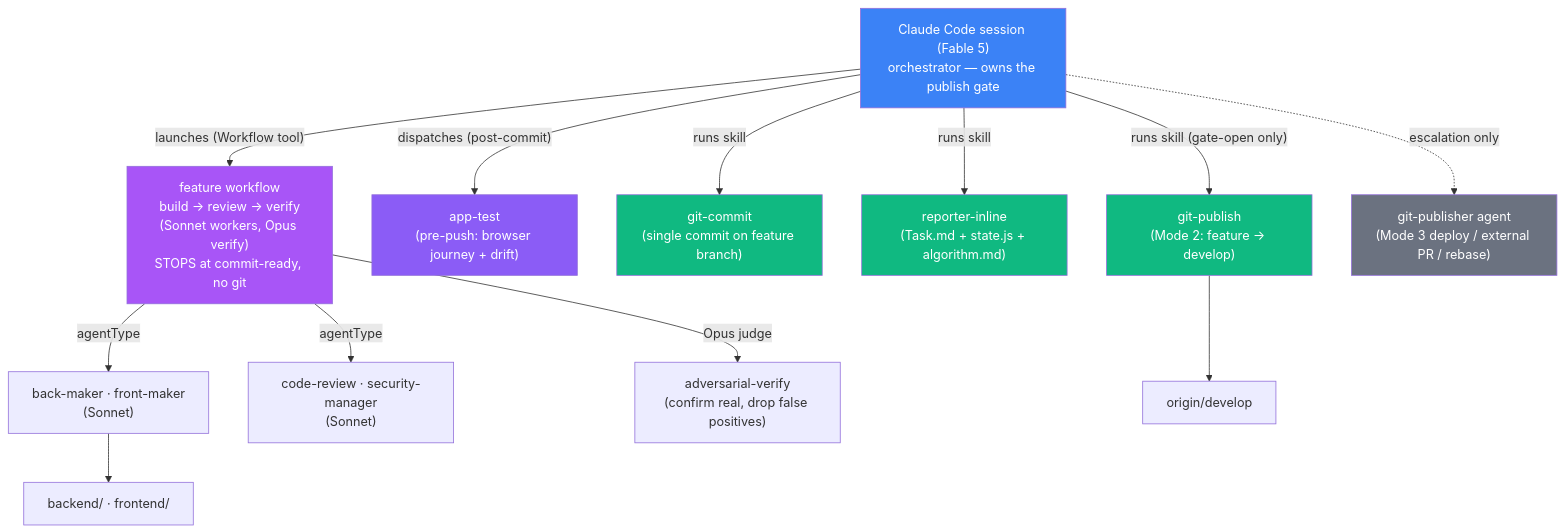
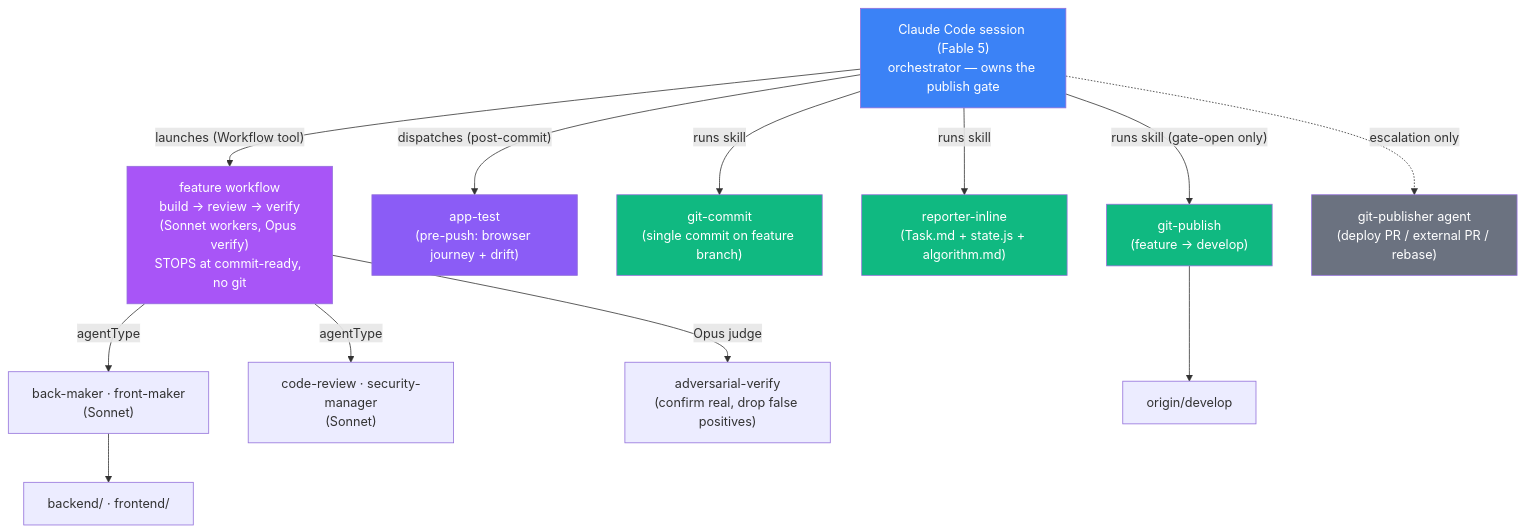
One commit to hongikarchi/archi-tinder changed the first of 2 diagrams in .claude/WORKFLOW.md. Above: the diagram before and after it, drawn with Mermaid. The commit also changed other lines of this file and 23 other files, not shown here.

````diff
--- a/.claude/WORKFLOW.md
+++ b/.claude/WORKFLOW.md
@@ -34,23 +36,23 @@
 ```mermaid
 flowchart TD
     Main["Claude Code session (Fable 5)<br/>orchestrator — owns the publish gate"]
     Main -->|"launches (Workflow tool)"| WF["feature workflow<br/>build → review → verify<br/>(Sonnet workers, Opus verify)<br/>STOPS at commit-ready, no git"]
     WF -->|"agentType"| Impl["back-maker · front-maker<br/>(Sonnet)"]
     WF -->|"agentType"| Rev["code-review · security-manager<br/>(Sonnet)"]
     WF -->|"Opus judge"| Ver["adversarial-verify<br/>(confirm real, drop false positives)"]
     Main -->|"dispatches (post-commit)"| Gate["app-test<br/>(pre-push: browser journey + drift)"]
     Main -->|runs skill| Cmt["git-commit<br/>(single commit on feature branch)"]
     Main -->|runs skill| RIn["reporter-inline<br/>(Task.md + state.js + algorithm.md)"]
-    Main -->|"runs skill (gate-open only)"| Pub["git-publish<br/>(Mode 2: feature → develop)"]
-    Main -.->|escalation only| PubA["git-publisher agent<br/>(Mode 3 deploy / external PR / rebase)"]
+    Main -->|"runs skill (gate-open only)"| Pub["git-publish<br/>(feature → develop)"]
+    Main -.->|escalation only| PubA["git-publisher agent<br/>(deploy PR / external PR / rebase)"]
     Impl --> Code["backend/ · frontend/"]
     Pub --> Remote["origin/develop"]
 
     style Main fill:#3b82f6,color:#fff
     style WF fill:#a855f7,color:#fff
     style Gate fill:#8b5cf6,color:#fff
     style Pub fill:#10b981,color:#fff
     style RIn fill:#10b981,color:#fff
     style Cmt fill:#10b981,color:#fff
     style PubA fill:#6b7280,color:#fff
 ```
````
